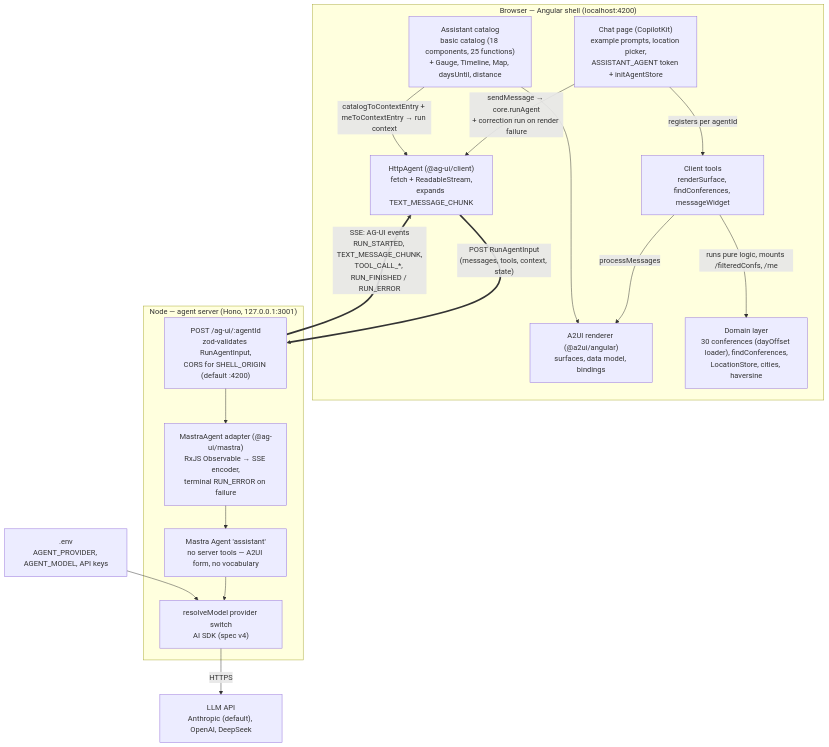
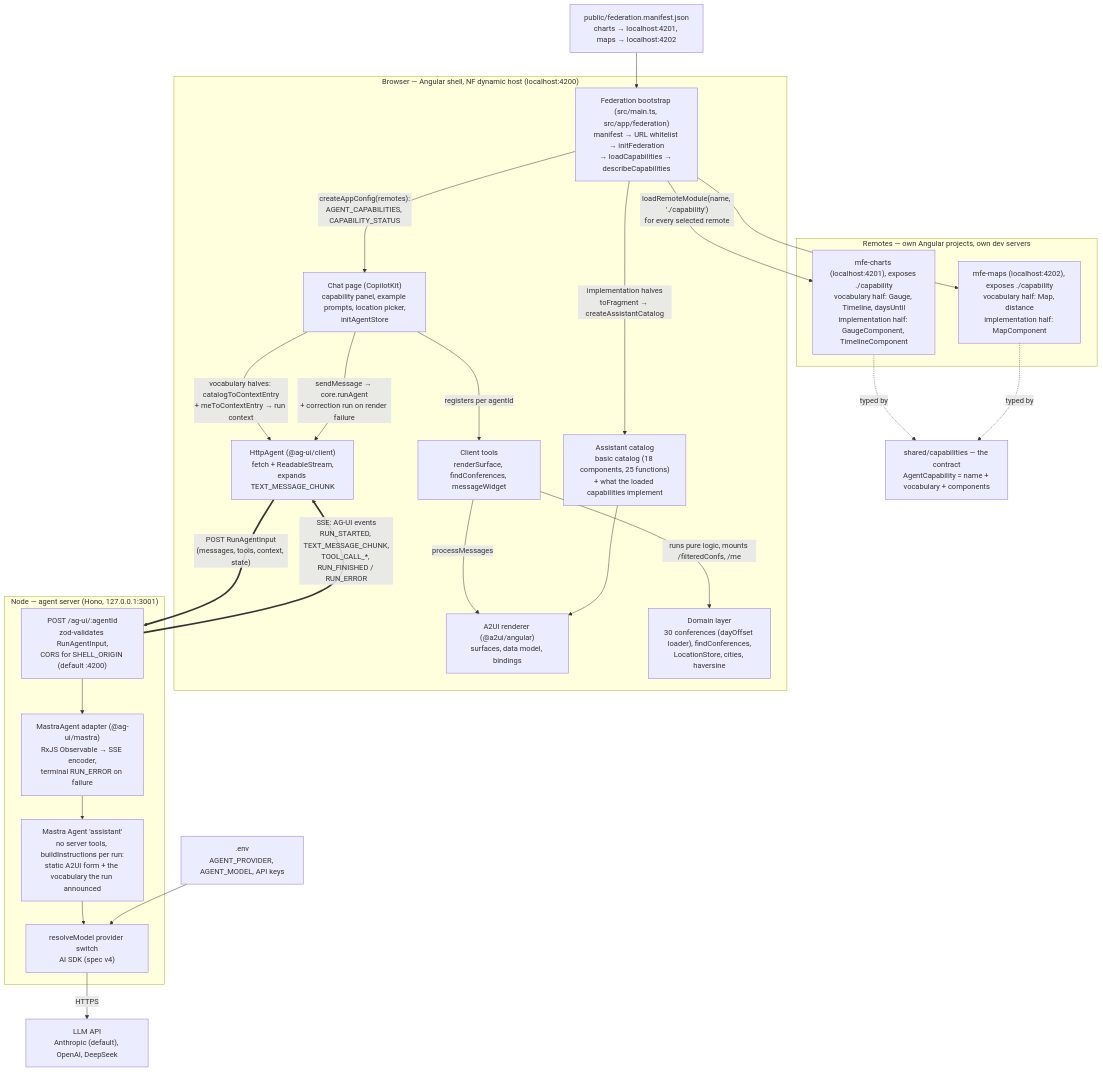
One commit to lutzleonhardt/native-federation-a2ui changed the first of 3 diagrams in docs/architecture.md. Above: the diagram before and after it, drawn with Mermaid. The commit also changed other lines of this file and 4 other files, not shown here.

First line of the commit message:
task-8: refresh the architecture doc and write the how-it-works tour

````diff
--- a/docs/architecture.md
+++ b/docs/architecture.md
@@ -39,37 +43,54 @@
 ```mermaid
 flowchart TB
-    subgraph shell["Browser — Angular shell (localhost:4200)"]
-        chat["Chat page (CopilotKit)<br/>example prompts, location picker,<br/>ASSISTANT_AGENT token + initAgentStore"]
+    manifest["public/federation.manifest.json<br/>charts → localhost:4201, maps → localhost:4202"]
+    contract["shared/capabilities — the contract<br/>AgentCapability = name + vocabulary + components"]
+
+    subgraph remotes["Remotes — own Angular projects, own dev servers"]
+        charts["mfe-charts (localhost:4201), exposes ./capability<br/>vocabulary half: Gauge, Timeline, daysUntil<br/>implementation half: GaugeComponent, TimelineComponent"]
+        maps["mfe-maps (localhost:4202), exposes ./capability<br/>vocabulary half: Map, distance<br/>implementation half: MapComponent"]
+    end
+
+    subgraph shell["Browser — Angular shell, NF dynamic host (localhost:4200)"]
+        boot["Federation bootstrap (src/main.ts, src/app/federation)<br/>manifest → URL whitelist → initFederation<br/>→ loadCapabilities → describeCapabilities"]
+        chat["Chat page (CopilotKit)<br/>capability panel, example prompts, location picker,<br/>initAgentStore"]
         tools["Client tools<br/>renderSurface, findConferences, messageWidget"]
         httpAgent["HttpAgent (@ag-ui/client)<br/>fetch + ReadableStream,<br/>expands TEXT_MESSAGE_CHUNK"]
         renderer["A2UI renderer (@a2ui/angular)<br/>surfaces, data model, bindings"]
-        catalog["Assistant catalog<br/>basic catalog (18 components, 25 functions)<br/>+ Gauge, Timeline, Map, daysUntil, distance"]
+        catalog["Assistant catalog<br/>basic catalog (18 components, 25 functions)<br/>+ what the loaded capabilities implement"]
         domain["Domain layer<br/>30 conferences (dayOffset loader), findConferences,<br/>LocationStore, cities, haversine"]
     end
 
     subgraph agent["Node — agent server (Hono, 127.0.0.1:3001)"]
         route["POST /ag-ui/:agentId<br/>zod-validates RunAgentInput,<br/>CORS for SHELL_ORIGIN (default :4200)"]
         adapter["MastraAgent adapter (@ag-ui/mastra)<br/>RxJS Observable → SSE encoder,<br/>terminal RUN_ERROR on failure"]
-        assistant["Mastra Agent 'assistant'<br/>no server tools — A2UI form, no vocabulary"]
+        assistant["Mastra Agent 'assistant'<br/>no server tools, buildInstructions per run:<br/>static A2UI form + the vocabulary the run announced"]
         model["resolveModel provider switch<br/>AI SDK (spec v4)"]
     end
 
     llm["LLM API<br/>Anthropic (default), OpenAI, DeepSeek"]
     env[".env<br/>AGENT_PROVIDER, AGENT_MODEL, API keys"]
 
+    manifest --> boot
+    boot -->|"loadRemoteModule(name, './capability')<br/>for every selected remote"| charts
+    boot --> maps
+    charts -. "typed by" .-> contract
+    maps -. "typed by" .-> contract
+    boot -->|"createAppConfig(remotes):<br/>AGENT_CAPABILITIES, CAPABILITY_STATUS"| chat
+    boot -->|"implementation halves<br/>toFragment → createAssistantCatalog"| catalog
+    chat -->|"vocabulary halves: catalogToContextEntry<br/>+ meToContextEntry → run context"| httpAgent
+
     chat -->|"sendMessage → core.runAgent<br/>+ correction run on render failure"| httpAgent
     chat -->|"registers per agentId"| tools
     tools -->|"processMessages"| renderer
     tools -->|"runs pure logic, mounts /filteredConfs, /me"| domain
     catalog --> renderer
-    catalog -->|"catalogToContextEntry + meToContextEntry → run context"| httpAgent
 
     httpAgent == "POST RunAgentInput<br/>(messages, tools, context, state)" ==> route
     route == "SSE: AG-UI events<br/>RUN_STARTED, TEXT_MESSAGE_CHUNK,<br/>TOOL_CALL_*, RUN_FINISHED / RUN_ERROR" ==> httpAgent
 
     route --> adapter
     adapter --> assistant
     assistant --> model
     model -- "HTTPS" --> llm
     env --> model
 ```
````
